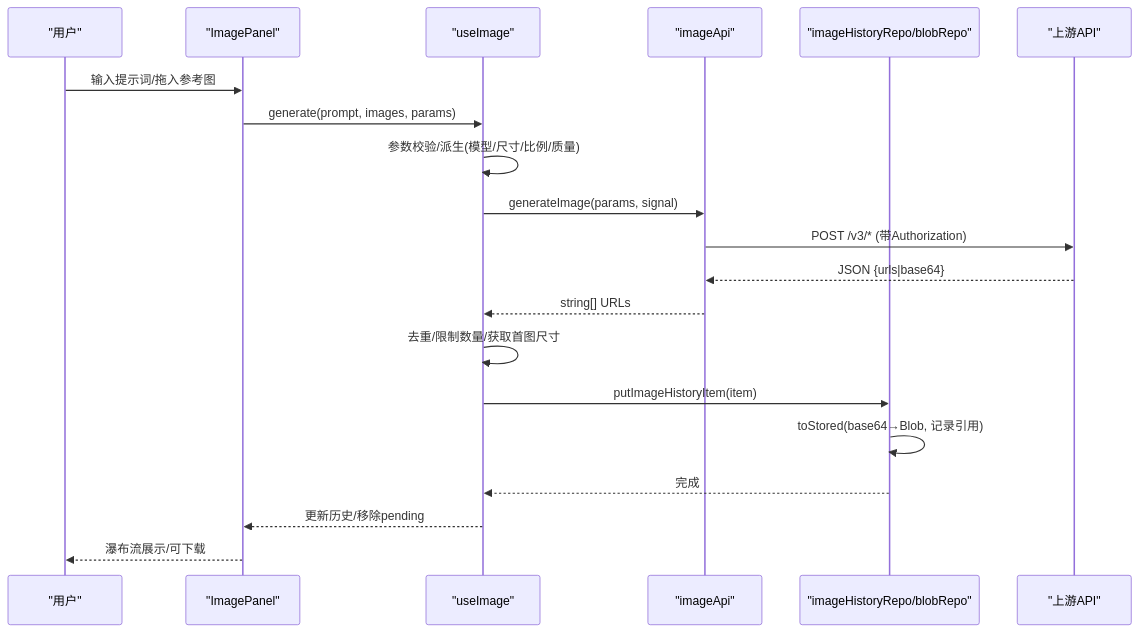
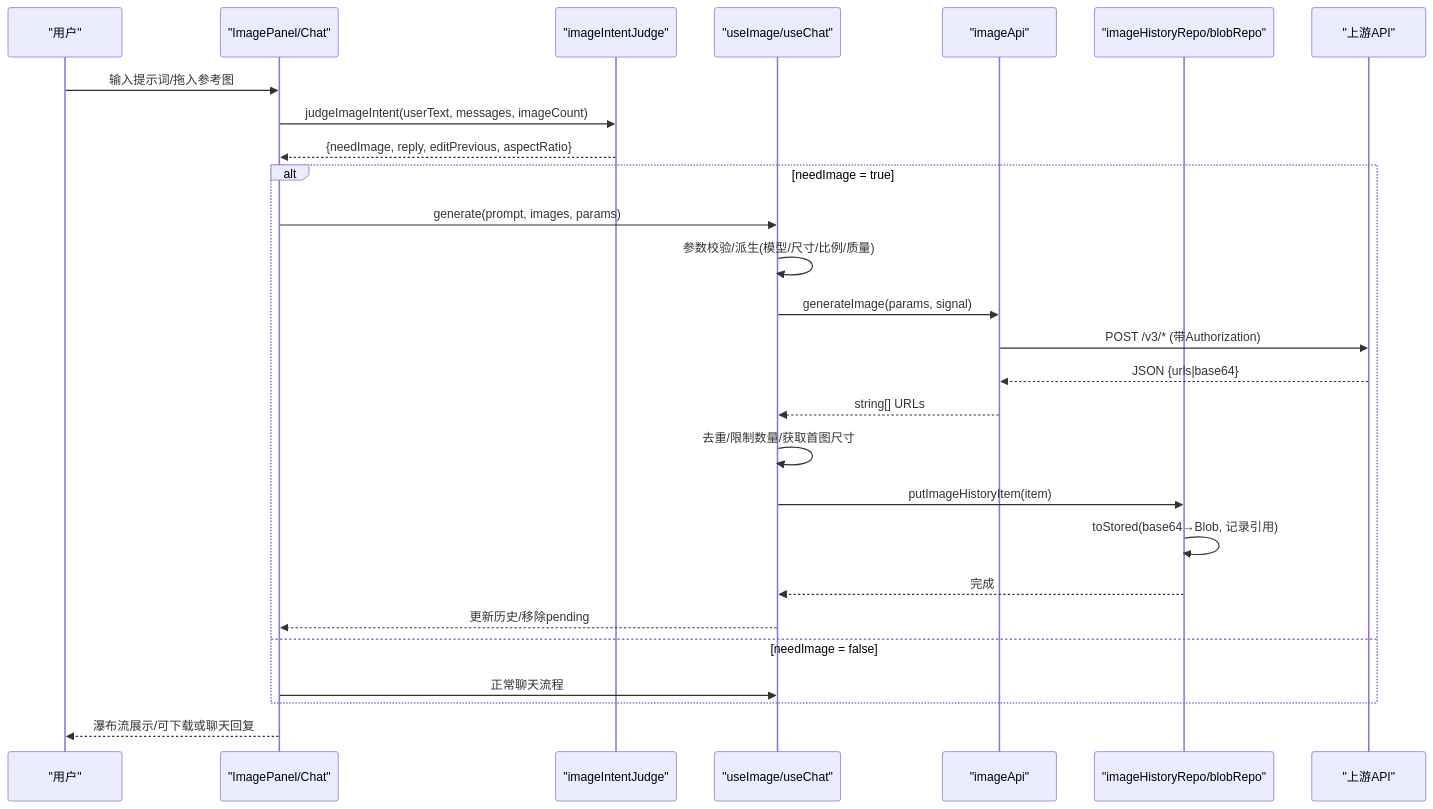
Before and after one commit to billye220670/AIShop: the second of 5 diagrams in .qoder/repowiki/zh/content/图像生成功能/图像处理工作流.md, drawn with Mermaid. The commit also changed other lines of this file and 40 other files, not shown here.

````diff
--- a/.qoder/repowiki/zh/content/图像生成功能/图像处理工作流.md
+++ b/.qoder/repowiki/zh/content/图像生成功能/图像处理工作流.md
@@ -89,22 +111,29 @@
 ```mermaid
 sequenceDiagram
 participant U as "用户"
-participant UI as "ImagePanel"
-participant H as "useImage"
+participant UI as "ImagePanel/Chat"
+participant INT as "imageIntentJudge"
+participant H as "useImage/useChat"
 participant A as "imageApi"
 participant D as "imageHistoryRepo/blobRepo"
 participant R as "上游API"
 U->>UI : 输入提示词/拖入参考图
+UI->>INT : judgeImageIntent(userText, messages, imageCount)
+INT-->>UI : {needImage, reply, editPrevious, aspectRatio}
+alt needImage = true
 UI->>H : generate(prompt, images, params)
 H->>H : 参数校验/派生(模型/尺寸/比例/质量)
 H->>A : generateImage(params, signal)
 A->>R : POST /v3/* (带Authorization)
 R-->>A : JSON {urls|base64}
 A-->>H : string[] URLs
 H->>H : 去重/限制数量/获取首图尺寸
 H->>D : putImageHistoryItem(item)
 D->>D : toStored(base64→Blob, 记录引用)
 D-->>H : 完成
 H-->>UI : 更新历史/移除pending
-UI-->>U : 瀑布流展示/可下载
+else needImage = false
+UI->>H : 正常聊天流程
+end
+UI-->>U : 瀑布流展示/可下载或聊天回复
 ```
````
